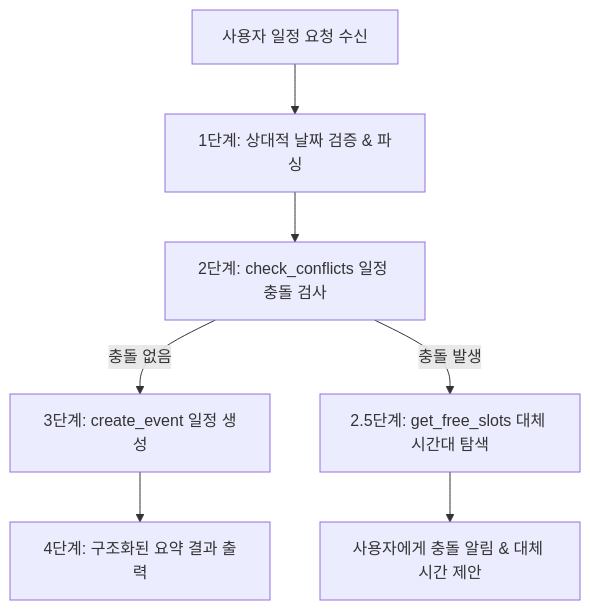
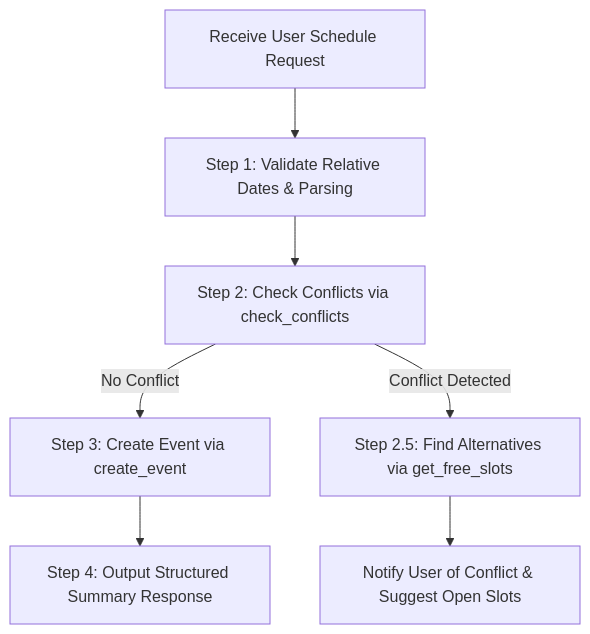
The diagram in .agents/skills/calendar-smart-scheduler/SKILL.md (neep305/my-personal-calendar-agent), drawn with Mermaid before and after one commit. The commit also changed other lines of this file and 4 other files, not shown here.

````diff
--- a/.agents/skills/calendar-smart-scheduler/SKILL.md
+++ b/.agents/skills/calendar-smart-scheduler/SKILL.md
@@ -20,9 +20,9 @@
 ```mermaid
 graph TD
-    A[사용자 일정 요청 수신] --> B[1단계: 상대적 날짜 검증 & 파싱]
-    B --> C[2단계: check_conflicts 일정 충돌 검사]
-    C -->|충돌 없음| D[3단계: create_event 일정 생성]
-    C -->|충돌 발생| E[2.5단계: get_free_slots 대체 시간대 탐색]
-    E --> F[사용자에게 충돌 알림 & 대체 시간 제안]
-    D --> G[4단계: 구조화된 요약 결과 출력]
+    A[Receive User Schedule Request] --> B[Step 1: Validate Relative Dates & Parsing]
+    B --> C[Step 2: Check Conflicts via check_conflicts]
+    C -->|No Conflict| D[Step 3: Create Event via create_event]
+    C -->|Conflict Detected| E[Step 2.5: Find Alternatives via get_free_slots]
+    E --> F[Notify User of Conflict & Suggest Open Slots]
+    D --> G[Step 4: Output Structured Summary Response]
 ```
````
